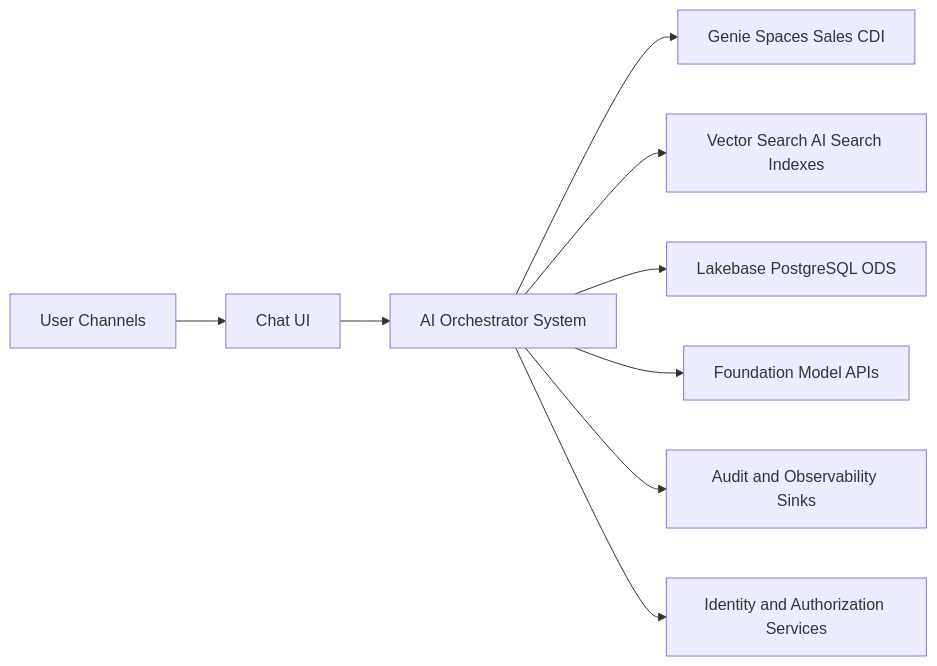
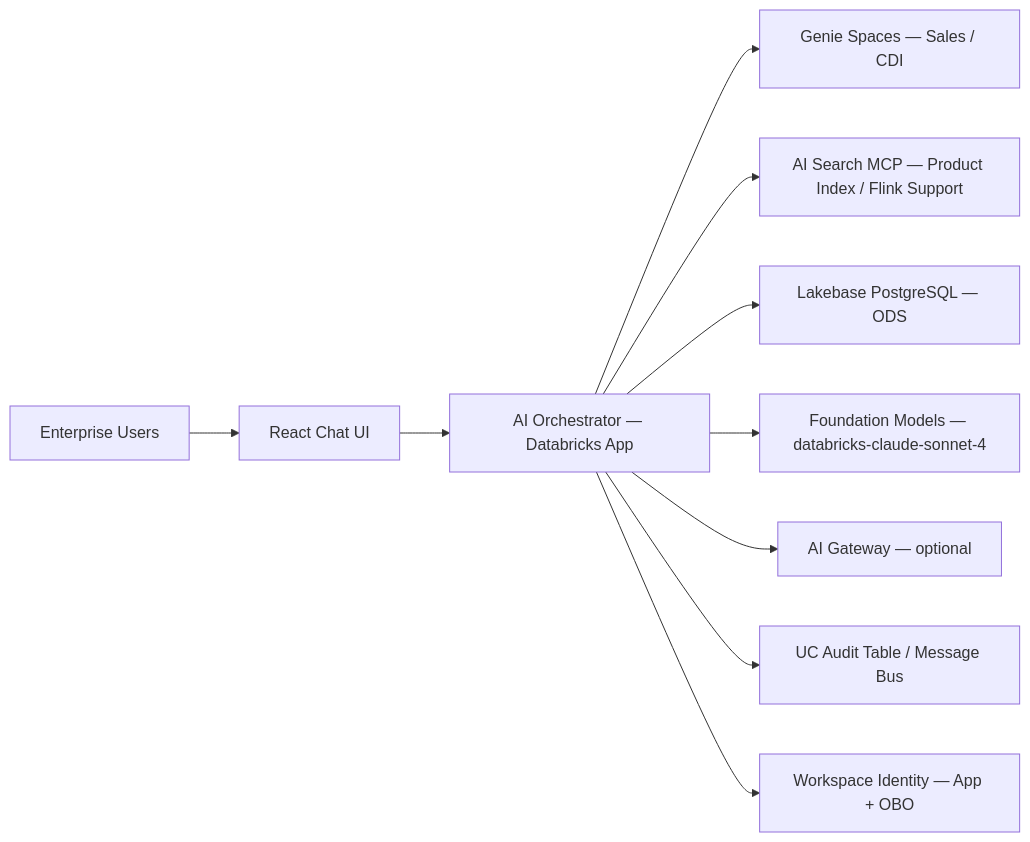
Before and after one commit to wchen-dea/Governed-Multi-Agent-Intelligence-on-Databricks: the third of 15 diagrams in docs/architecture/design-artifacts/00-architecture-board-review.md, drawn with Mermaid. The commit also changed other lines of this file and 51 other files, not shown here.

````diff
--- a/docs/architecture/design-artifacts/00-architecture-board-review.md
+++ b/docs/architecture/design-artifacts/00-architecture-board-review.md
@@ -54,11 +54,12 @@
 ```mermaid
 flowchart LR
-    User[User Channels] --> UI[Chat UI]
-    UI --> AISYS[AI Orchestrator System]
-    AISYS --> Genie[Genie Spaces Sales CDI]
-    AISYS --> VS[Vector Search AI Search Indexes]
-    AISYS --> LB[Lakebase PostgreSQL ODS]
-    AISYS --> Models[Foundation Model APIs]
-    AISYS --> Audit[Audit and Observability Sinks]
-    AISYS --> Identity[Identity and Authorization Services]
+    User[Enterprise Users] --> UI[React Chat UI]
+    UI --> AISYS[AI Orchestrator — Databricks App]
+    AISYS --> Genie[Genie Spaces — Sales / CDI]
+    AISYS --> AIS[AI Search MCP — Product Index / Flink Support]
+    AISYS --> LB[Lakebase PostgreSQL — ODS]
+    AISYS --> FM[Foundation Models — databricks-claude-sonnet-4]
+    AISYS --> AIGW[AI Gateway — optional]
+    AISYS --> Audit[UC Audit Table / Message Bus]
+    AISYS --> Identity[Workspace Identity — App + OBO]
 ```
````
